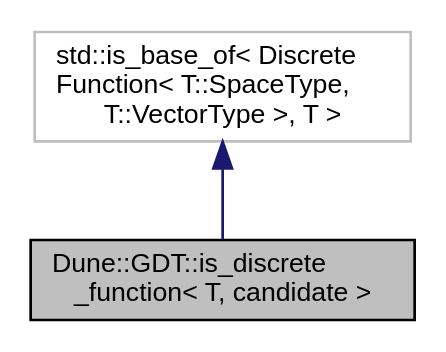
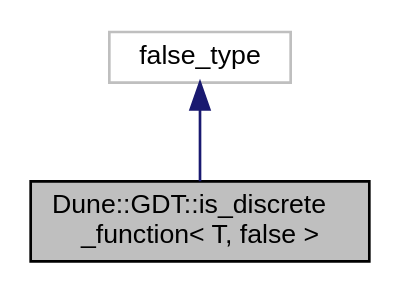
Before and after one commit to dune-community/dune-community.github.io: the diagram in docs/dune-gdt/master/a03232.dot, drawn with Graphviz. The commit also changed 1984 other files, not shown here.

Commit message:
Updated documentation for dune-gdt master

```diff
--- a/docs/dune-gdt/master/a03232.dot
+++ b/docs/dune-gdt/master/a03232.dot
@@ -1,8 +1,8 @@
-digraph "Dune::GDT::is_discrete_function&lt; T, candidate &gt;"
+digraph "Dune::GDT::is_discrete_function&lt; T, false &gt;"
 {
   edge [fontname="Helvetica",fontsize="10",labelfontname="Helvetica",labelfontsize="10"];
   node [fontname="Helvetica",fontsize="10",shape=record];
-  Node0 [label="Dune::GDT::is_discrete\l_function\< T, candidate \>",height=0.2,width=0.4,color="black", fillcolor="grey75", style="filled", fontcolor="black"];
+  Node0 [label="Dune::GDT::is_discrete\l_function\< T, false \>",height=0.2,width=0.4,color="black", fillcolor="grey75", style="filled", fontcolor="black"];
   Node1 -> Node0 [dir="back",color="midnightblue",fontsize="10",style="solid",fontname="Helvetica"];
-  Node1 [label="std::is_base_of\< Discrete\lFunction\< T::SpaceType,\l T::VectorType \>, T \>",height=0.2,width=0.4,color="grey75", fillcolor="white", style="filled"];
+  Node1 [label="false_type",height=0.2,width=0.4,color="grey75", fillcolor="white", style="filled"];
 }
```
